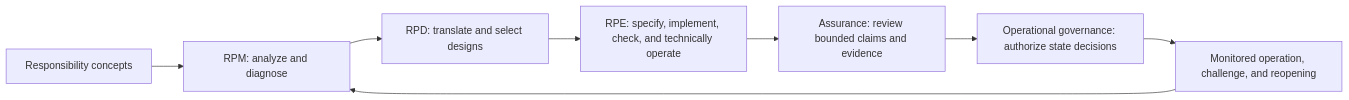
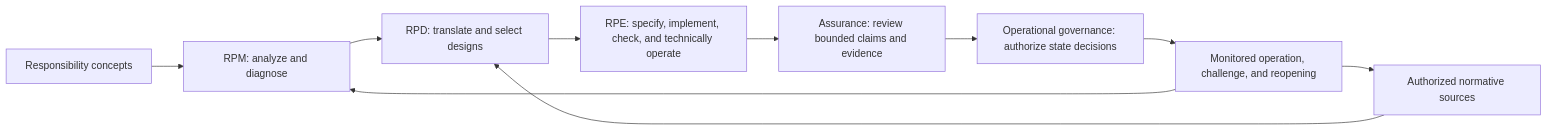
One commit to YutoriKomeiji/responsibility-pathway-design changed the diagram in README.md. Above: the diagram before and after it, drawn with Mermaid. The commit also changed other lines of this file, not shown here.

Commit message:
Expose the normative-source contract in the public reading path

````diff
--- a/README.md
+++ b/README.md
@@ -23,10 +23,12 @@
 ```mermaid
 flowchart LR
     A[Responsibility concepts] --> B[RPM: analyze and diagnose]
-    B --> C[RPD: translate and select designs]
+    N[Authorized normative sources] --> C[RPD: translate and select designs]
+    B --> C
     C --> D[RPE: specify, implement, check, and technically operate]
     D --> E[Assurance: review bounded claims and evidence]
     E --> F[Operational governance: authorize state decisions]
     F --> G[Monitored operation, challenge, and reopening]
     G --> B
+    G --> N
 ```
````
